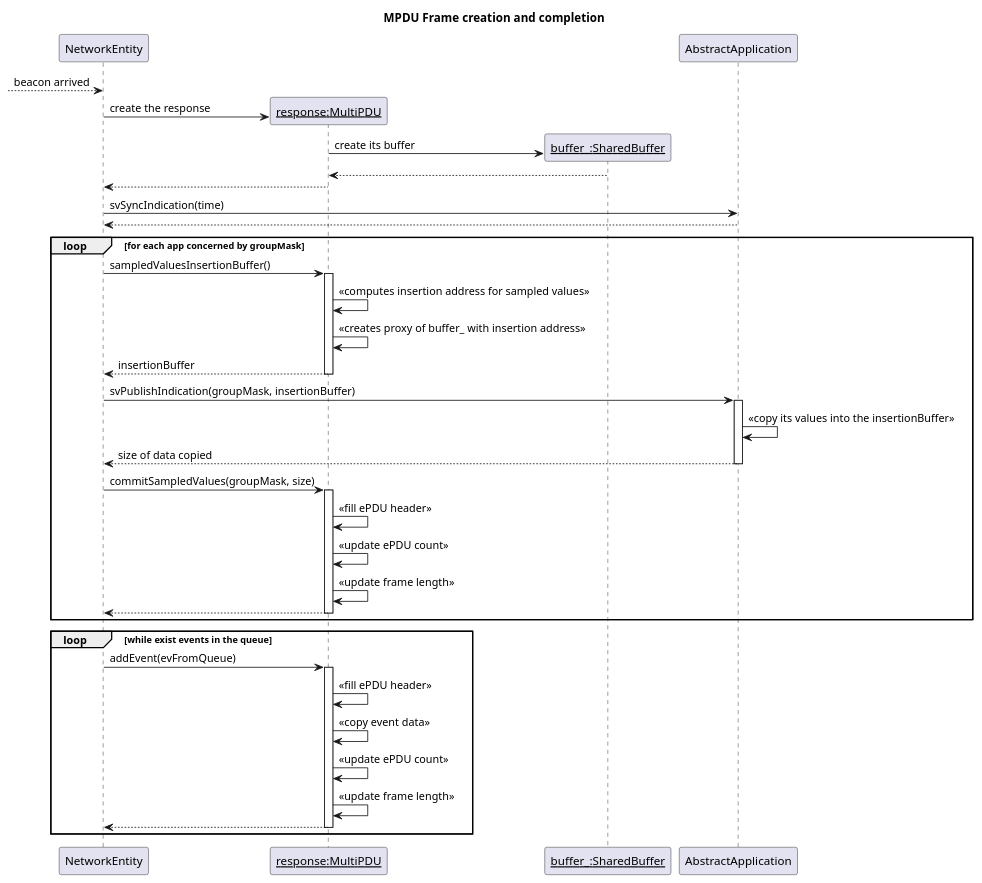
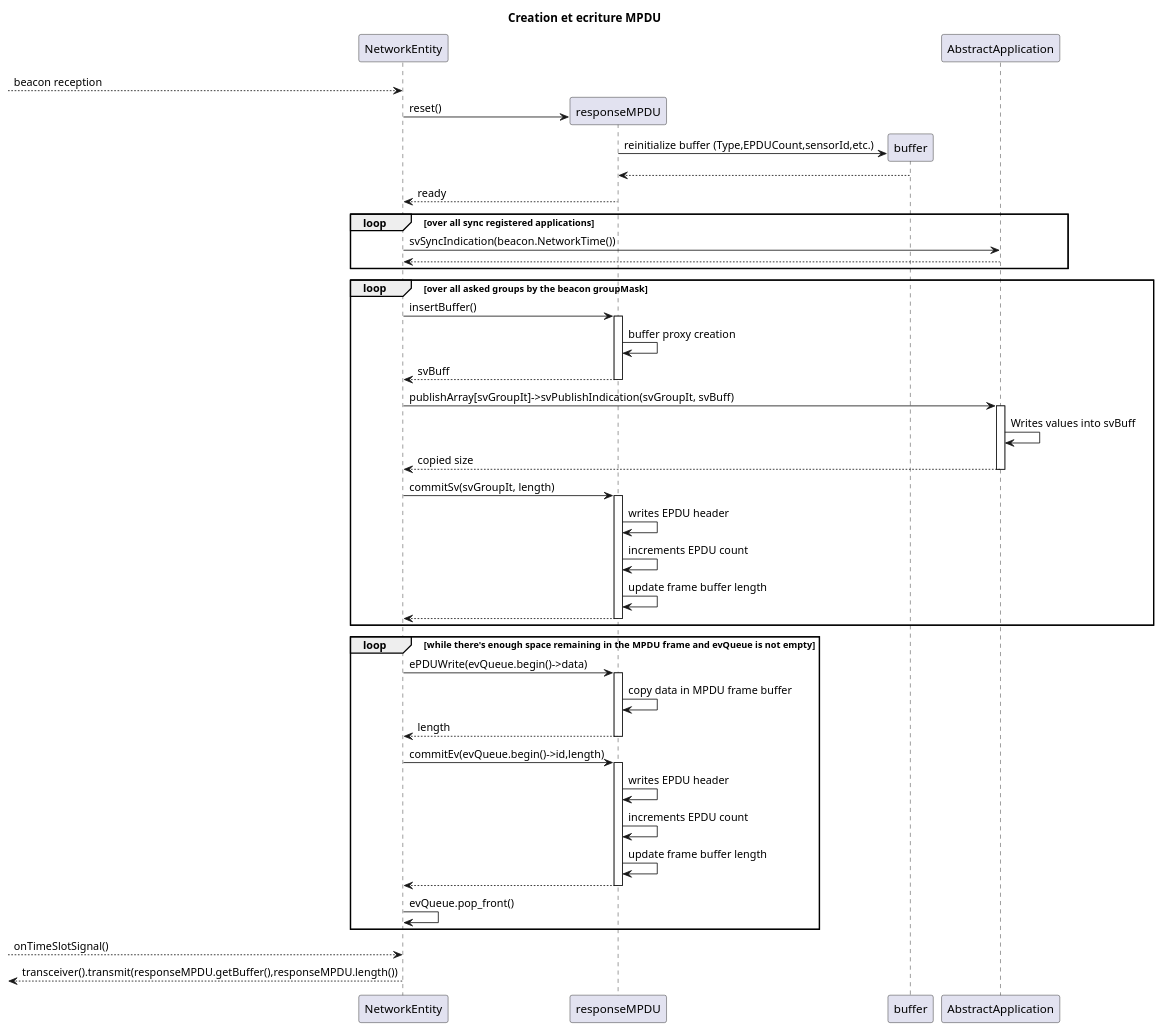
One commit to MacherelR/DeSemProject_20212022 changed the diagram in Diagrams/multipdu.pu. Above: the diagram before and after it, drawn with PlantUML. The commit also changed 12 other files, not shown here.

Commit message:
Diagrams finished

```diff
--- a/Diagrams/multipdu.pu
+++ b/Diagrams/multipdu.pu
@@ -1,53 +1,60 @@
 @startuml
-title MPDU Frame creation and completion
+title Creation et ecriture MPDU
 
 participant NetworkEntity as ne
-participant "__response:MultiPDU__" as mpdu
-participant "__buffer_:SharedBuffer__" as buf
+participant "responseMPDU" as mpdu
+participant "buffer" as buf
 participant AbstractApplication as aa
 
---> ne : beacon arrived
+--> ne : beacon reception
 create mpdu
-ne -> mpdu : create the response
+ne -> mpdu : reset()
 create buf
-mpdu -> buf : create its buffer
+mpdu -> buf : reinitialize buffer (Type,EPDUCount,sensorId,etc.)
 buf --> mpdu
-mpdu --> ne
+mpdu --> ne : ready
+loop over all sync registered applications
+ne -> aa : svSyncIndication(beacon.NetworkTime())
+return
+end loop
 
-ne -> aa : svSyncIndication(time)
-return
-
-loop for each app concerned by groupMask
-ne -> mpdu : sampledValuesInsertionBuffer()
+loop over all asked groups by the beacon groupMask
+ne -> mpdu : insertBuffer()
 activate mpdu
-mpdu -> mpdu : <<computes insertion address for sampled values>>
-mpdu -> mpdu : <<creates proxy of buffer_ with insertion address>>
-return insertionBuffer
+mpdu -> mpdu : buffer proxy creation
+return svBuff
 deactivate mpdu
-ne -> aa : svPublishIndication(groupMask, insertionBuffer)
+ne -> aa : publishArray[svGroupIt]->svPublishIndication(svGroupIt, svBuff)
 activate aa
-aa -> aa : <<copy its values into the insertionBuffer>>
-return size of data copied
+aa -> aa : Writes values into svBuff
+return copied size
 deactivate aa
-ne -> mpdu : commitSampledValues(groupMask, size)
+ne -> mpdu : commitSv(svGroupIt, length)
 activate mpdu
-mpdu -> mpdu : <<fill ePDU header>>
-mpdu -> mpdu : <<update ePDU count>>
-mpdu -> mpdu : <<update frame length>>
+mpdu -> mpdu : writes EPDU header
+mpdu -> mpdu : increments EPDU count
+mpdu -> mpdu : update frame buffer length
 return
 deactivate mpdu
 end loop
 
-loop while exist events in the queue
-ne -> mpdu : addEvent(evFromQueue)
+loop while there's enough space remaining in the MPDU frame and evQueue is not empty
+ne -> mpdu : ePDUWrite(evQueue.begin()->data)
 activate mpdu
-mpdu -> mpdu : <<fill ePDU header>>
-mpdu -> mpdu : <<copy event data>>
-mpdu -> mpdu : <<update ePDU count>>
-mpdu -> mpdu : <<update frame length>>
+mpdu -> mpdu : copy data in MPDU frame buffer
+return length
+deactivate mpdu
+ne -> mpdu : commitEv(evQueue.begin()->id,length)
+activate mpdu
+mpdu -> mpdu : writes EPDU header
+mpdu -> mpdu : increments EPDU count
+mpdu -> mpdu : update frame buffer length
 return
 deactivate mpdu
+ne -> ne : evQueue.pop_front() 
 end loop
+--> ne : onTimeSlotSignal()
+<-- ne : transceiver().transmit(responseMPDU.getBuffer(),responseMPDU.length())
 
 
 @enduml
```
